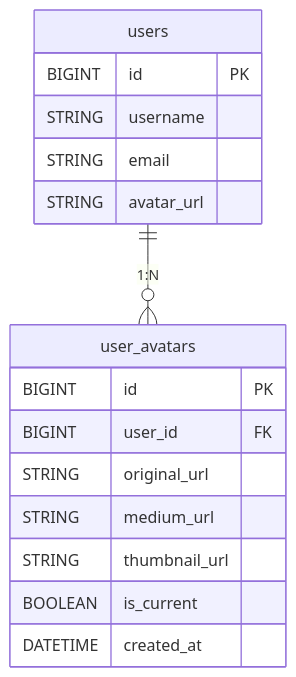
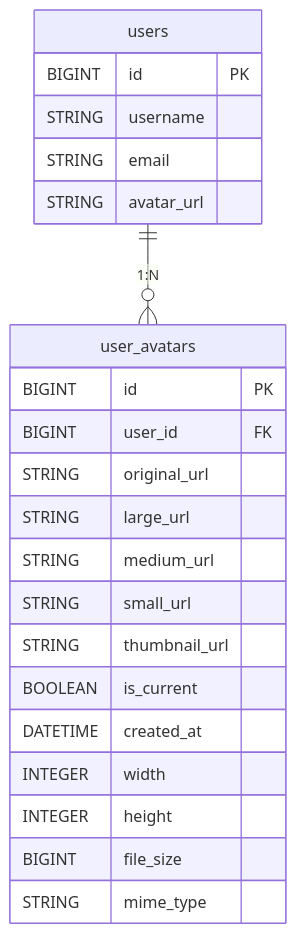
Before and after one commit to xingranya/CervixDetectAI: the fourth of 4 diagrams in wiki/数据库设计/表结构/用户头像表 (user_avatars).md, drawn with Mermaid. The commit also changed other lines of this file and 7 other files, not shown here.

First line of the commit message:
docs(api): 更新头像API文档，新增图片元数据及尺寸字段

````diff
--- a/wiki/数据库设计/表结构/用户头像表 (user_avatars).md
+++ b/wiki/数据库设计/表结构/用户头像表 (user_avatars).md
@@ -134,19 +148,25 @@
 ```mermaid
 erDiagram
 users {
 BIGINT id PK
 STRING username
 STRING email
 STRING avatar_url
 }
 user_avatars {
 BIGINT id PK
 BIGINT user_id FK
 STRING original_url
+STRING large_url
 STRING medium_url
+STRING small_url
 STRING thumbnail_url
 BOOLEAN is_current
 DATETIME created_at
+INTEGER width
+INTEGER height
+BIGINT file_size
+STRING mime_type
 }
 users ||--o{ user_avatars : "1:N"
 ```
````
